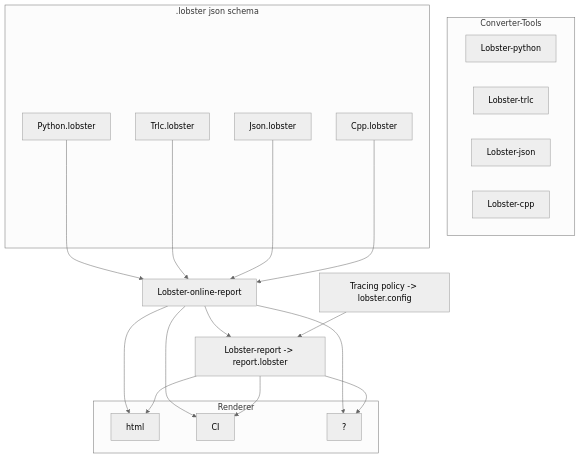
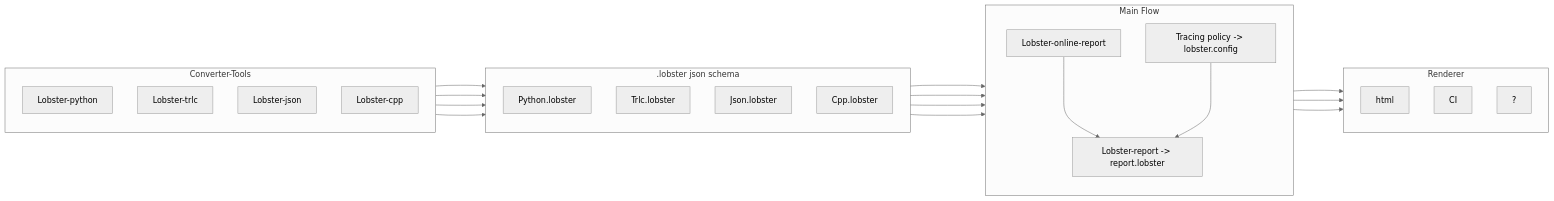
One commit to bmw-software-engineering/lobster-demo changed the diagram in diagram.md. Above: the diagram before and after it, drawn with Mermaid (neutral theme). The commit also changed other lines of this file and 9 other files, not shown here.

````diff
--- a/diagram.md
+++ b/diagram.md
@@ -1,38 +1,53 @@
 ```mermaid
-graph TD
+graph LR
+    %% First, fix the main structure to enforce vertical alignment
     subgraph "Converter-Tools"
+        direction TB
         A1[Lobster-python]
         A2[Lobster-trlc]
         A3[Lobster-json]
         A4[Lobster-cpp]
     end
  
     subgraph ".lobster json schema"
+        direction TB
         B1[Python.lobster]
         B2[Trlc.lobster]
         B3[Json.lobster]
         B4[Cpp.lobster]
     end
  
-    subgraph Renderer
+    %% Create a subgraph to enforce vertical ordering of Lobster-online-report, Lobster-report -> report.lobster, and Tracing policy -> lobster.config
+    subgraph "Main Flow"
+        direction TB
+        D1[Lobster-online-report]
+        D1 ---> D2
+        D2[Lobster-report -> report.lobster]
+        D3[Tracing policy -> lobster.config]
+        D3 ---> D2
+    end
+ 
+    subgraph "Renderer"
+        direction TB
         C1[html]
         C2[CI]
         C3["?"]
     end
  
-    B1 --> D1[Lobster-online-report]
-    B2 --> D1
-    B3 --> D1
-    B4 --> D1
+    %% Main connections
+    A1 ---> B1
+    A2 ---> B2
+    A3 ---> B3
+    A4 ---> B4
  
-    D1 --> C1
-    D1 --> C2
-    D1 --> C3
-    D2[Lobster-report -> report.lobster]
-    D1 --> D2
-    D2 --> C1
-    D2 --> C2
-    D2 --> C3
-    E1[Tracing policy -> lobster.config]
-    E1 --> D2
-```
+    %% Connect all json schema elements to Lobster-report -> report.lobster
+    B1 ----> D2
+    B2 ----> D2
+    B3 ----> D2
+    B4 ----> D2
+ 
+    %% Connect Lobster-report -> report.lobster to renderers
+    D2 ---> C1
+    D2 ---> C2
+    D2 ---> C3
+ ```
````
